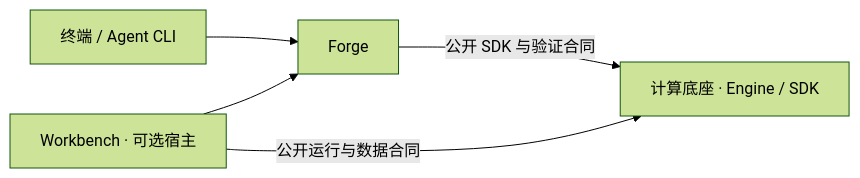
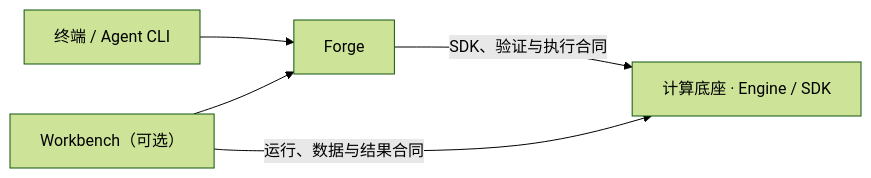
The first of 7 diagrams in docs/demiflow-architecture.md (vincent9299/demiflow), drawn with Mermaid (forest theme) before and after one commit. The commit also changed other lines of this file, not shown here.

Commit message:
Reorganize the DemiFlow architecture specification by module

````diff
--- a/docs/demiflow-architecture.md
+++ b/docs/demiflow-architecture.md
@@ -17,7 +19,7 @@
 ```mermaid
 flowchart LR
-  CLI["终端 / Agent CLI"] --> Forge["Forge"]
-  WB["Workbench · 可选宿主"] --> Forge
-  WB -->|公开运行与数据合同| Engine["计算底座 · Engine / SDK"]
-  Forge -->|公开 SDK 与验证合同| Engine
+    CLI["终端 / Agent CLI"] --> Forge["Forge"]
+    WB["Workbench（可选）"] --> Forge
+    WB -->|运行、数据与结果合同| Engine["计算底座 · Engine / SDK"]
+    Forge -->|SDK、验证与执行合同| Engine
 ```
````
